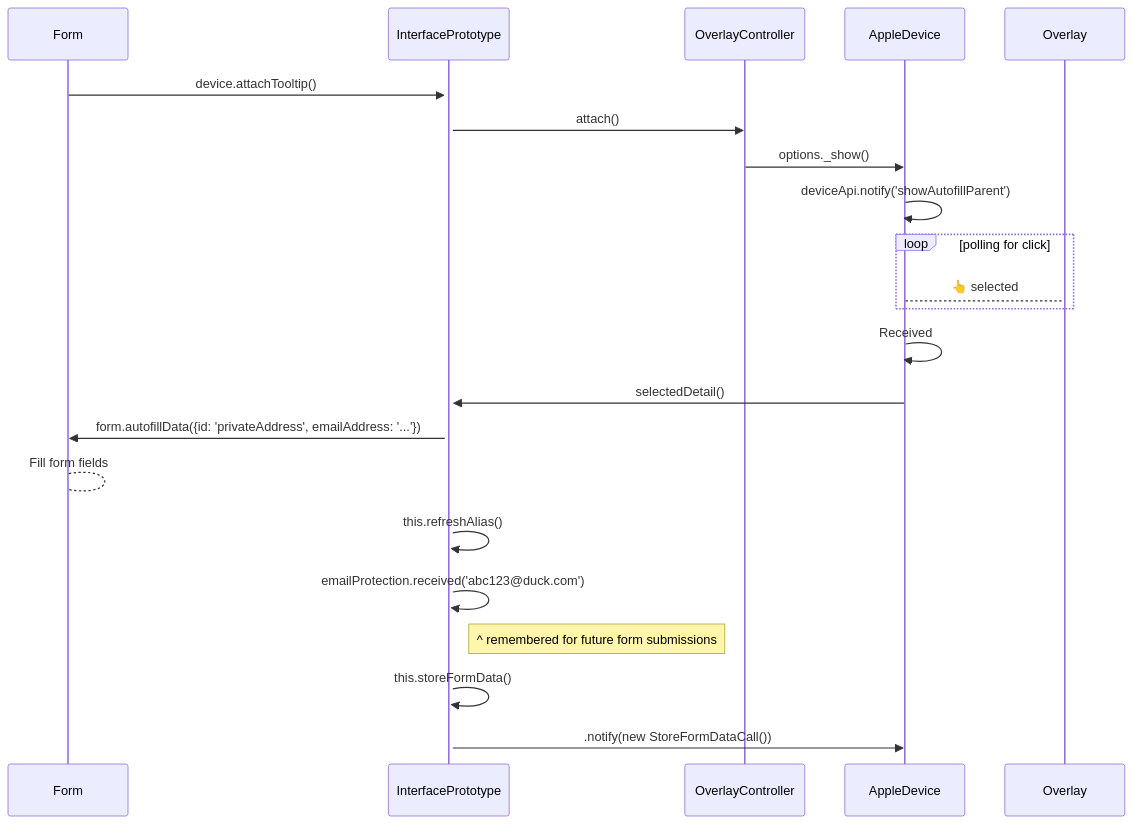
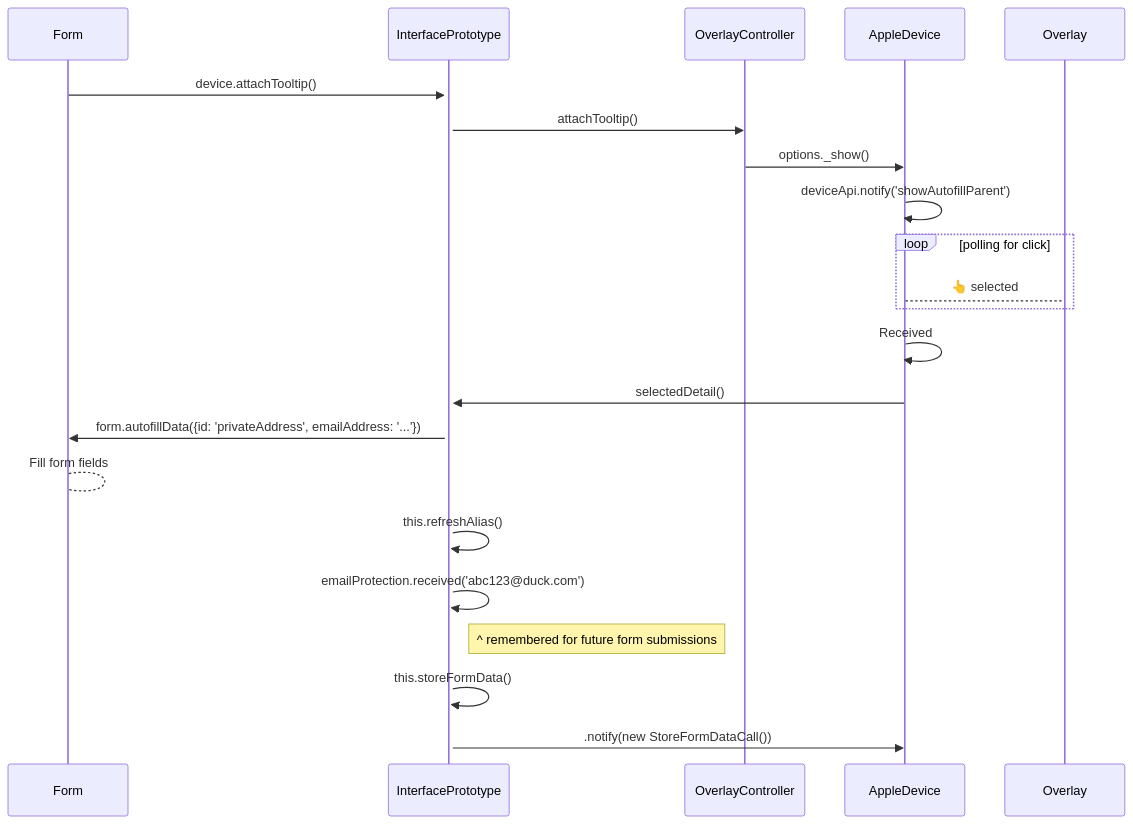
Before and after one commit to duckduckgo/duckduckgo-autofill: the diagram in docs/runtime.macos.md, drawn with Mermaid. The commit also changed 3 other files, not shown here.

````diff
--- a/docs/runtime.macos.md
+++ b/docs/runtime.macos.md
@@ -60,19 +60,19 @@
 ```mermaid
 sequenceDiagram
     Form->>+InterfacePrototype: device.attachTooltip()
-    InterfacePrototype->>OverlayController: attach()
+    InterfacePrototype->>OverlayController: attachTooltip()
     OverlayController->>AppleDevice: options._show()
     AppleDevice->>AppleDevice: deviceApi.notify('showAutofillParent')
     loop polling for click
         AppleDevice-->Overlay: 👆 selected
     end
     AppleDevice->>AppleDevice: Received
     AppleDevice->>InterfacePrototype: selectedDetail()
     InterfacePrototype->>Form: form.autofillData({id: 'privateAddress', emailAddress: '...'})
     Form-->Form: Fill form fields
     InterfacePrototype->>InterfacePrototype: this.refreshAlias()
     InterfacePrototype->>InterfacePrototype: emailProtection.received('abc123@duck.com')
     Note right of InterfacePrototype: ^ remembered for future form submissions
     InterfacePrototype->>InterfacePrototype: this.storeFormData()
     InterfacePrototype->>AppleDevice: .notify(new StoreFormDataCall())
 ```
````
